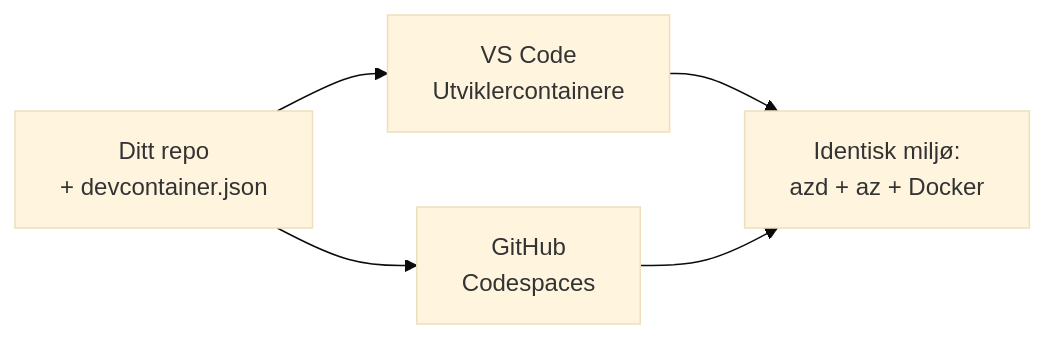
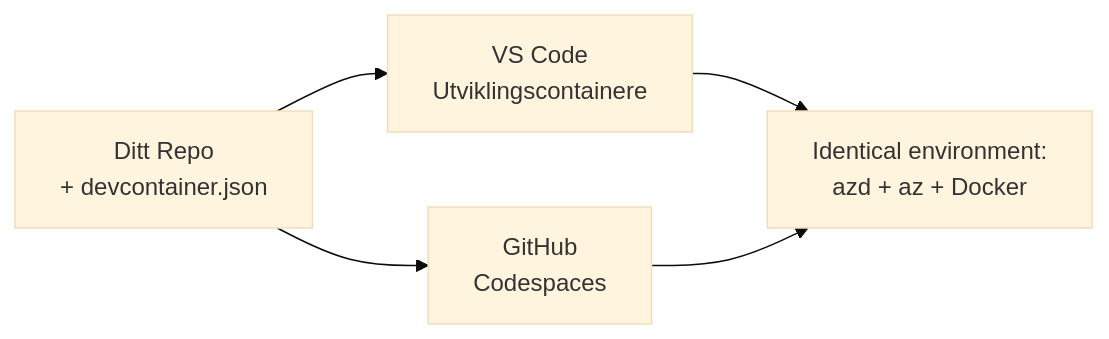
The diagram in translations/no/docs/chapter-01-foundation/dev-containers.md (microsoft/AZD-for-beginners), drawn with Mermaid (base theme) before and after one commit. The commit also changed other lines of this file and 61 other files, not shown here.

````diff
--- a/translations/no/docs/chapter-01-foundation/dev-containers.md
+++ b/translations/no/docs/chapter-01-foundation/dev-containers.md
@@ -41,7 +41,7 @@
 ```mermaid
 graph LR
-    Repo[Ditt repo<br/>+ devcontainer.json] --> VSCode[VS Code<br/>Utviklercontainere]
+    Repo[Ditt Repo<br/>+ devcontainer.json] --> VSCode[VS Code<br/>Utviklingscontainere]
     Repo --> Codespaces[GitHub<br/>Codespaces]
-    VSCode --> Env[Identisk miljø:<br/>azd + az + Docker]
+    VSCode --> Env[Identical environment:<br/>azd + az + Docker]
     Codespaces --> Env
 ```
````
